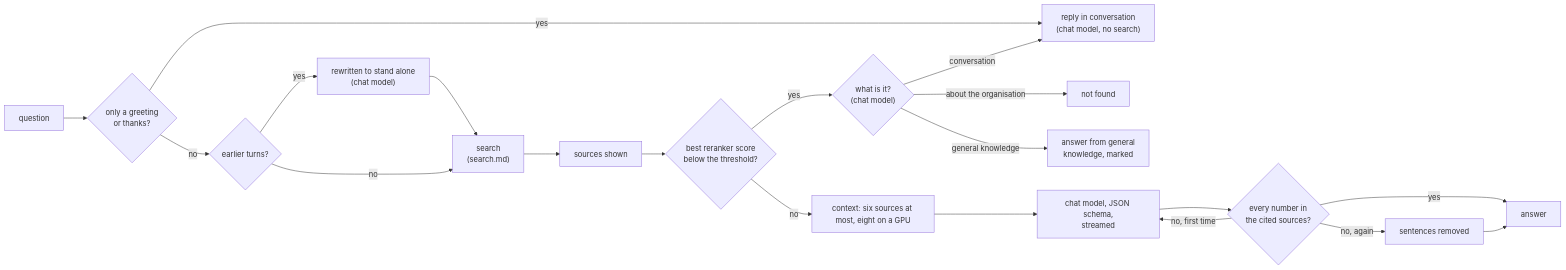
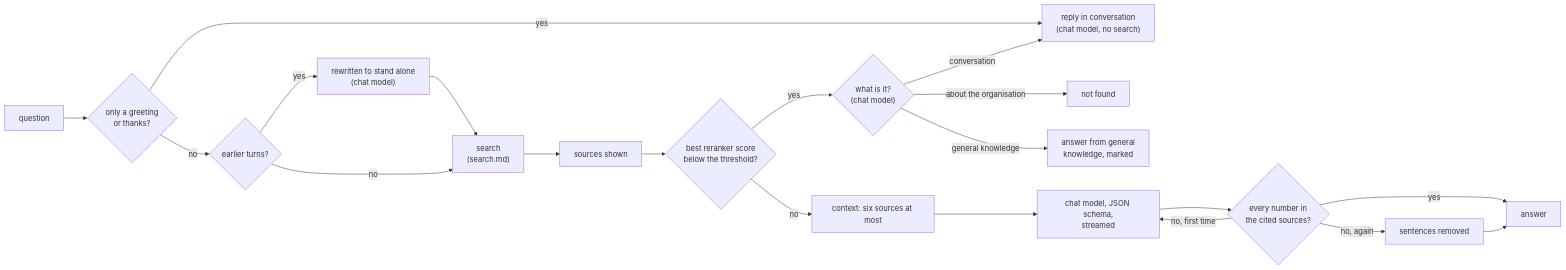
One commit to FurkanKocatas/Synapse changed the diagram in docs/design/answers.md. Above: the diagram before and after it, drawn with Mermaid. The commit also changed other lines of this file and 6 other files, not shown here.

First line of the commit message:
answers: six sources on a GPU too, for now

````diff
--- a/docs/design/answers.md
+++ b/docs/design/answers.md
@@ -14,19 +14,19 @@
 ```mermaid
 flowchart LR
     Q[question] --> K{"only a greeting<br/>or thanks?"}
     K -- yes --> CV["reply in conversation<br/>(chat model, no search)"]
     K -- no --> W{"earlier turns?"}
     W -- yes --> R["rewritten to stand alone<br/>(chat model)"] --> S
     W -- no --> S["search<br/>(search.md)"]
     S --> P["sources shown"]
     P --> T{"best reranker score<br/>below the threshold?"}
     T -- yes --> J{"what is it?<br/>(chat model)"}
     J -- "about the organisation" --> N["not found"]
     J -- "conversation" --> CV
     J -- "general knowledge" --> GK["answer from general<br/>knowledge, marked"]
-    T -- no --> C["context: six sources at most, eight on a GPU"] --> G["chat model, JSON schema,<br/>streamed"]
+    T -- no --> C["context: six sources at most"] --> G["chat model, JSON schema,<br/>streamed"]
     G --> V{"every number in<br/>the cited sources?"}
     V -- yes --> A[answer]
     V -- no, first time --> G
     V -- no, again --> X["sentences removed"] --> A
 ```
````
